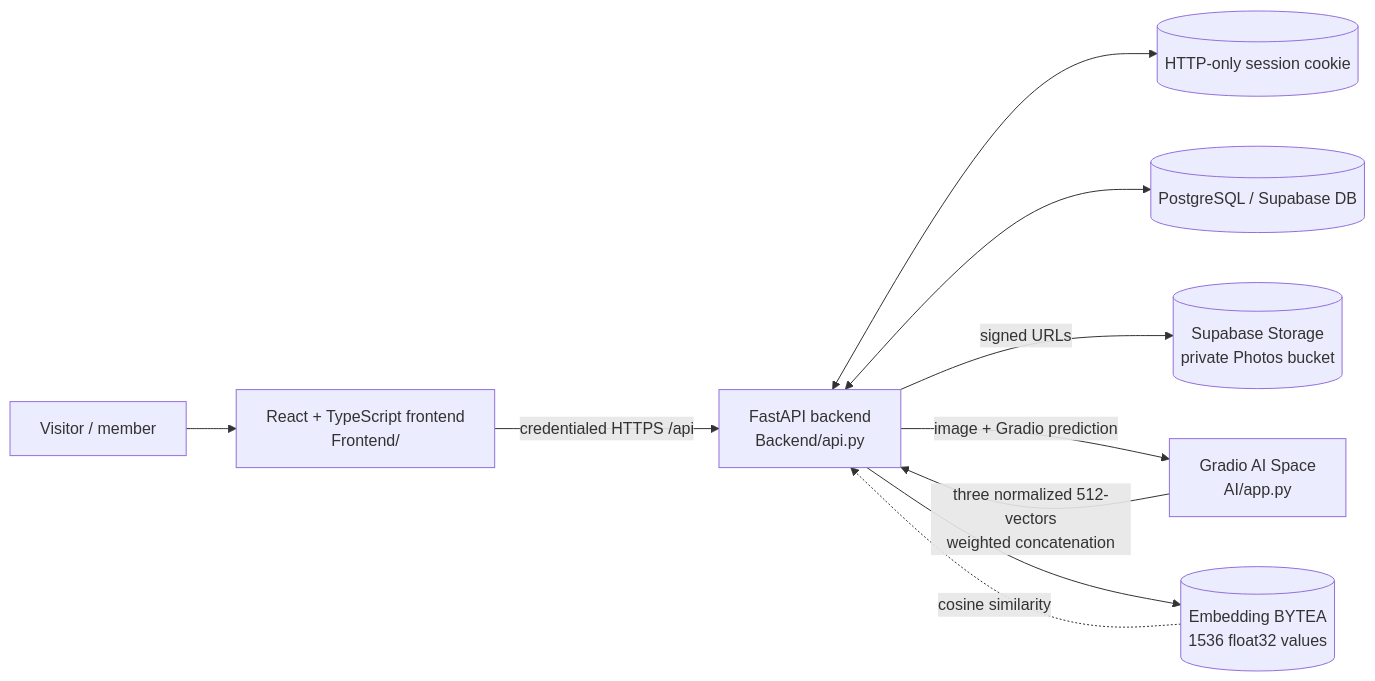
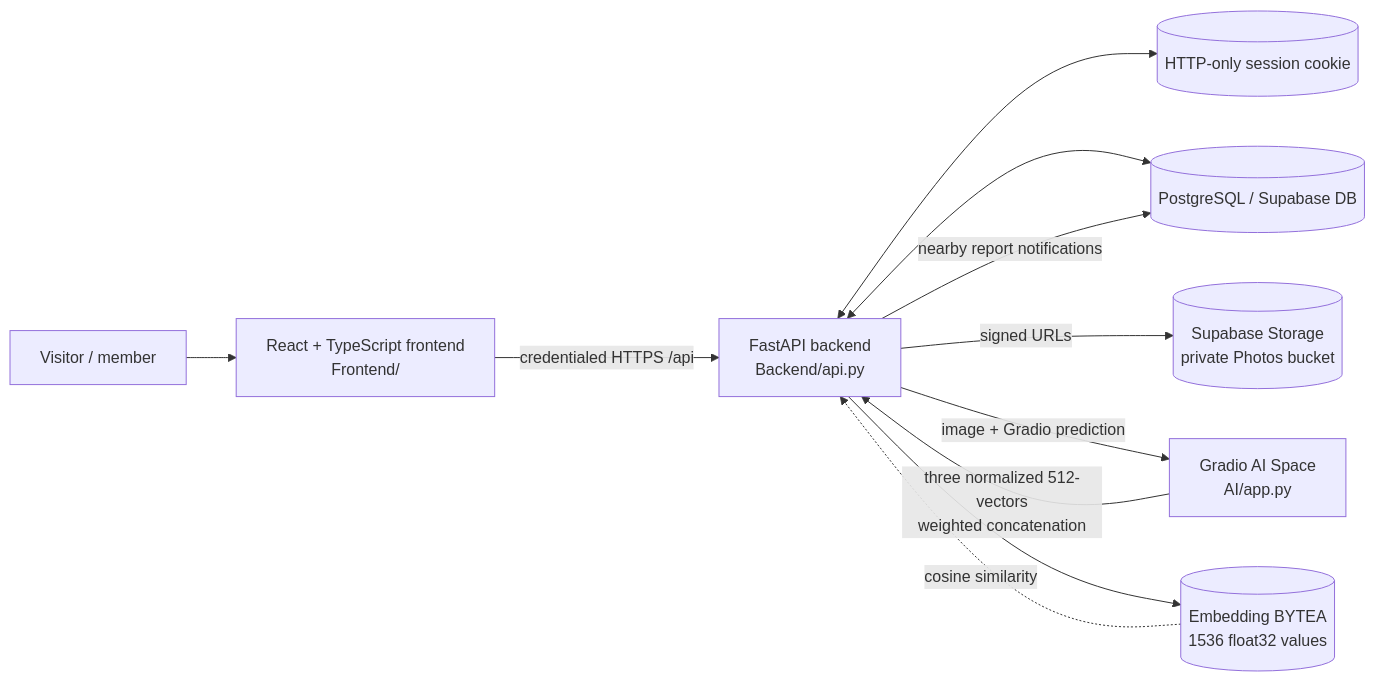
The first of 3 diagrams in README.md (shoraky/Reunite), drawn with Mermaid before and after one commit. The commit also changed other lines of this file and 5 other files, not shown here.

````diff
--- a/README.md
+++ b/README.md
@@ -17,20 +17,21 @@
 ```mermaid
 flowchart LR
     Visitor[Visitor / member]
     Browser[React + TypeScript frontend\nFrontend/]
     API[FastAPI backend\nBackend/api.py]
     Auth[(HTTP-only session cookie)]
     DB[(PostgreSQL / Supabase DB)]
     Storage[(Supabase Storage\nprivate Photos bucket)]
     AI[Gradio AI Space\nAI/app.py]
     Embed[(Embedding BYTEA\n1536 float32 values)]
     Visitor --> Browser
     Browser -->|credentialed HTTPS /api| API
     API <--> Auth
     API <--> DB
     API -->|signed URLs| Storage
     API -->|image + Gradio prediction| AI
     AI -->|three normalized 512-vectors\nweighted concatenation| API
     API --> Embed
     Embed -. cosine similarity .-> API
+    API -->|nearby report notifications| DB
 ```
````
